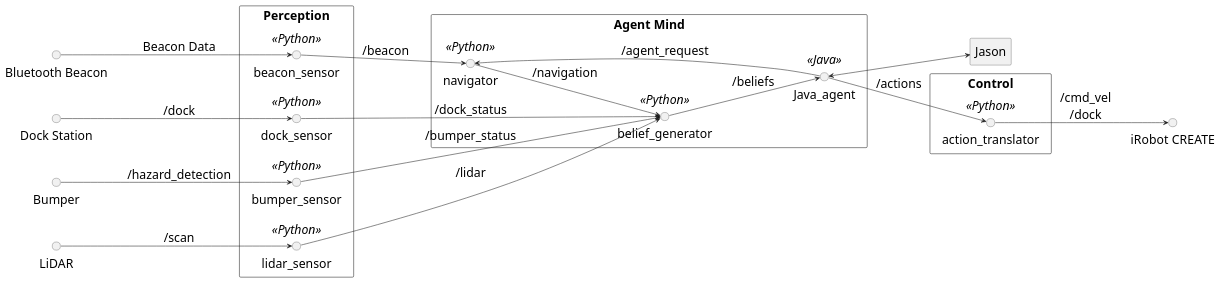
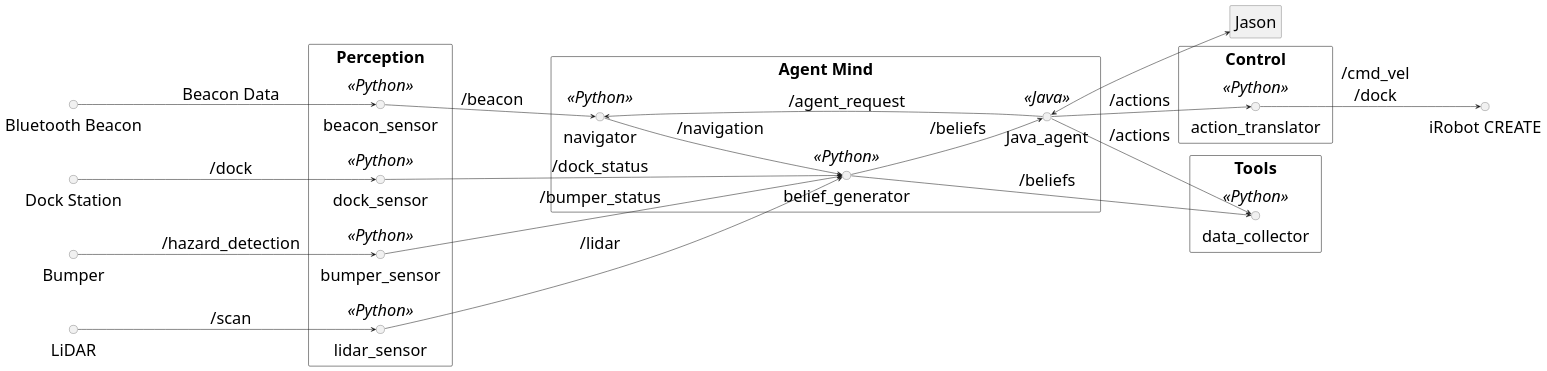
Before and after one commit to NMAI-lab/hermes: the diagram in miscellaneous/documents/diagrams/src/agent_ros_architecture.plantuml, drawn with PlantUML. The commit also changed 7 other files, not shown here.

Commit message:
Updated the diagrams to be more paper friendly + updated readme.

```diff
--- a/miscellaneous/documents/diagrams/src/agent_ros_architecture.plantuml
+++ b/miscellaneous/documents/diagrams/src/agent_ros_architecture.plantuml
@@ -1,57 +1,64 @@
 @startuml
 ' --- Arrange horizontally ---
 left to right direction
 
-skinparam defaultFontSize 24
+skinparam defaultFontSize 32
 skinparam packageStyle rect
 skinparam shadowing false
 skinparam backgroundColor white
 
 circle "LiDAR" as lidar
 circle "Bluetooth Beacon" as beacon
 circle "Dock Station" as dock_station
 circle "Bumper" as bumper
 
 ' --- Perception Layer ---
 package "Perception" {
     circle "lidar_sensor" <<Python>> as lidar_sensor
     circle "beacon_sensor" <<Python>> as beacon_sensor
     circle "dock_sensor" <<Python>> as dock_sensor
     circle "bumper_sensor" <<Python>> as bumper_sensor
 }
 
 ' --- Mind Layer ---
 package "Agent Mind" {
     circle "navigator" <<Python>> as navigator
     circle "belief_generator" <<Python>> as belief_generator
     circle "Java_agent" <<Java>> as Java_agent
 }
 
 ' --- Control Layer ---
 package "Control" {
     circle "action_translator" <<Python>> as action_translator
 }
 
+package "Tools" {
+    circle "data_collector" <<Python>> as data_collector
+}
+
 rectangle "Jason" as jason
 circle "iRobot CREATE" as robot
 
 ' --- Connections ---
 lidar --> lidar_sensor : /scan
 beacon --> beacon_sensor : Beacon Data
 dock_station --> dock_sensor: /dock
 bumper --> bumper_sensor : /hazard_detection
 
 lidar_sensor --> belief_generator: /lidar
 beacon_sensor --> navigator: /beacon
 navigator --> belief_generator: /navigation
 dock_sensor --> belief_generator: /dock_status
 bumper_sensor --> belief_generator: /bumper_status
 
 Java_agent <--> jason
 Java_agent --> navigator: /agent_request
 belief_generator --> Java_agent: /beliefs
 Java_agent --> action_translator: /actions
 
+belief_generator --> data_collector: /beliefs
+Java_agent --> data_collector: /actions
+
 action_translator --> robot : /cmd_vel\n/dock
 
 @enduml
```
